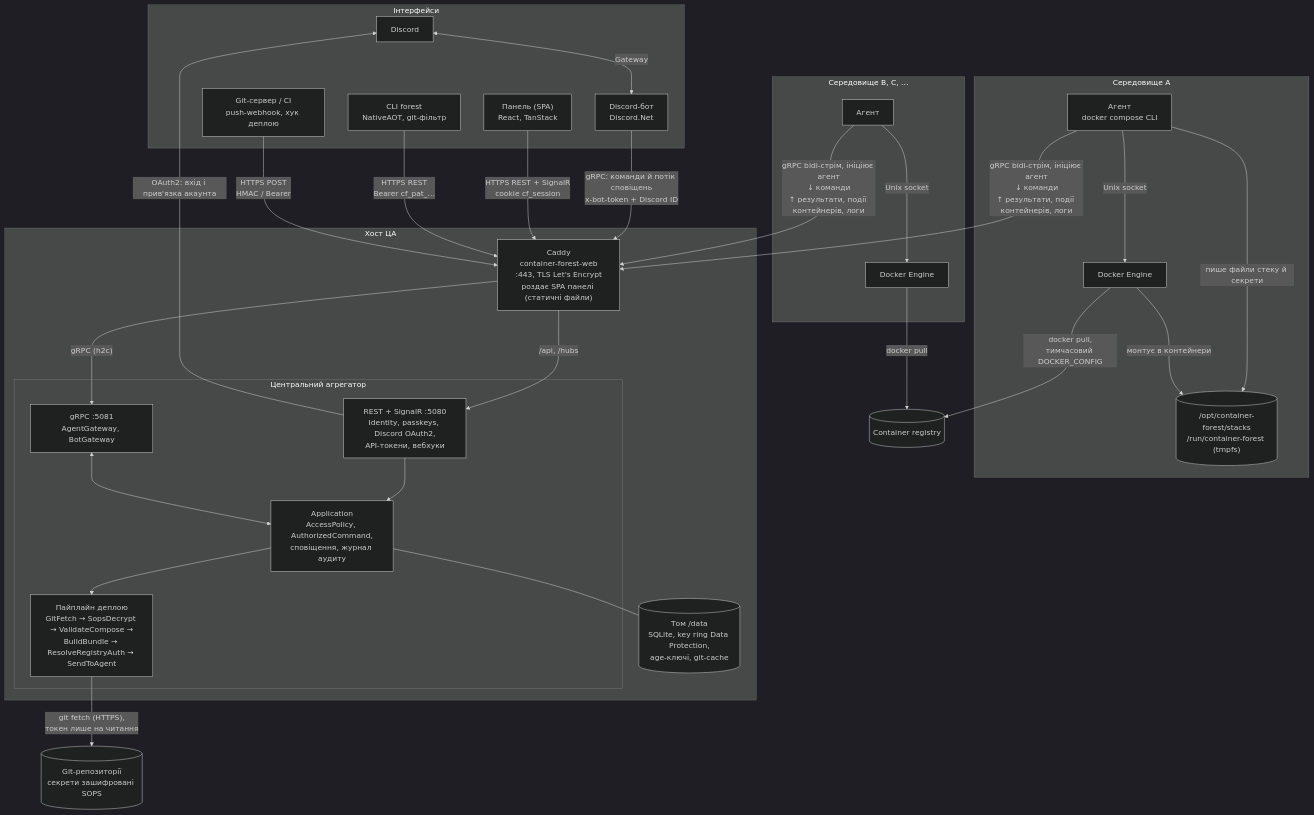
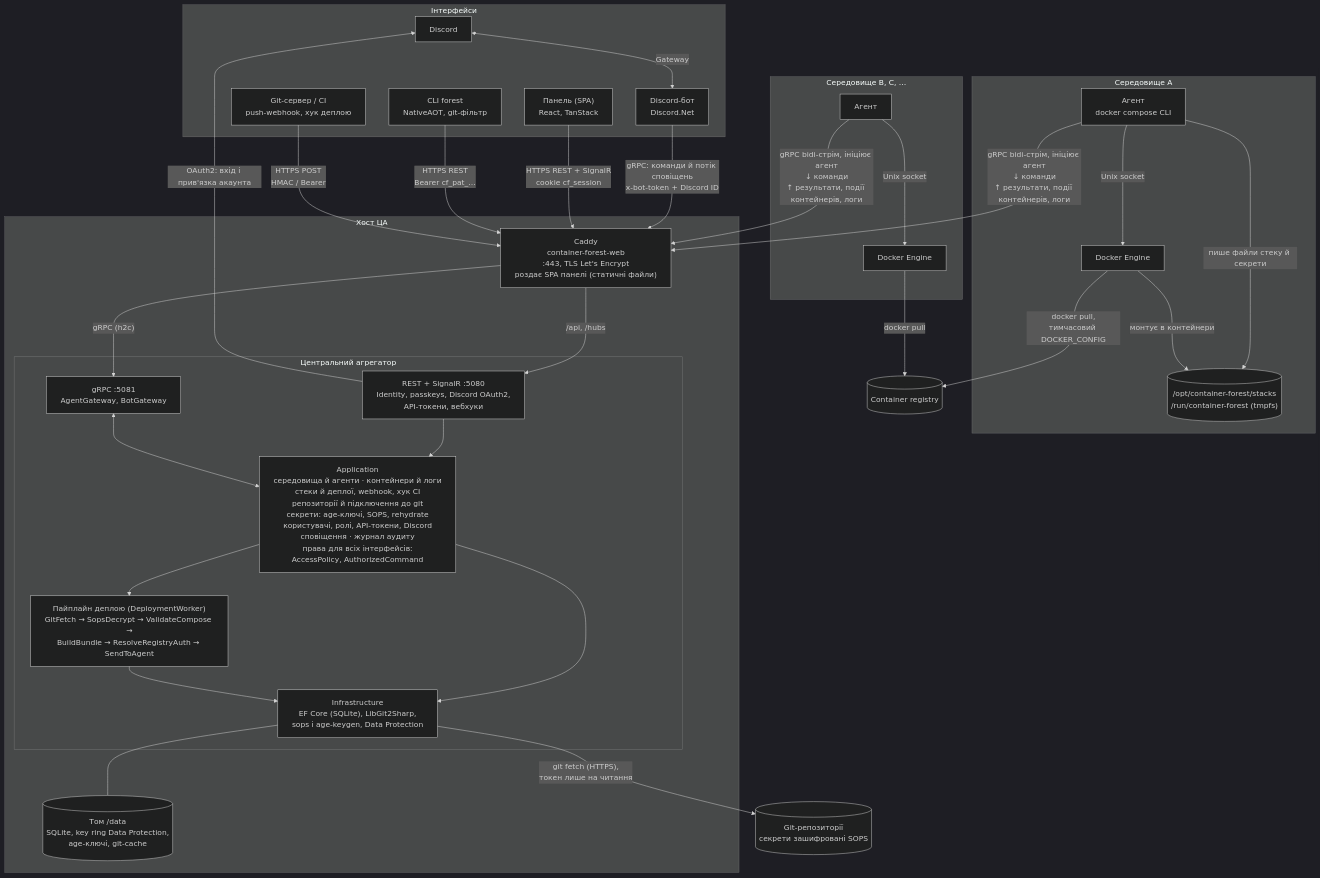
Before and after one commit to container-forest/container-forest: the first of 2 diagrams in docs/architecture.md, drawn with Mermaid (dark theme).

Commit message:
docs: show aggregator responsibilities and infrastructure layer in diagram
List the Application areas instead of a few classes, add the
Infrastructure layer that reaches the data volume and git, and widen
label wrapping so the blocks stay readable.

Claude-Session: https://claude.ai/code/session_01DovwCNenAuX2Dt3bv4TSVF

````diff
--- a/docs/architecture.md
+++ b/docs/architecture.md
@@ -43,50 +43,54 @@
 ```mermaid
+%%{init: {"flowchart": {"wrappingWidth": 360}}}%%
 flowchart TB
   subgraph Clients["Інтерфейси"]
     Discord["Discord"] <-->|"Gateway"| Bot["Discord-бот<br/>Discord.Net"]
     UI["Панель (SPA)<br/>React, TanStack"]
     Cli["CLI forest<br/>NativeAOT, git-фільтр"]
     Hooks["Git-сервер / CI<br/>push-webhook, хук деплою"]
   end
 
   subgraph EnvB["Середовище B, C, …"]
     EA2["Агент"] -->|"Unix socket"| D2["Docker Engine"]
   end
 
   subgraph EnvA["Середовище A"]
     EA1["Агент<br/>docker compose CLI"] -->|"Unix socket"| D1["Docker Engine"]
     S1[("/opt/container-forest/stacks<br/>/run/container-forest (tmpfs)")]
     EA1 -->|"пише файли стеку й секрети"| S1
     D1 -->|"монтує в контейнери"| S1
   end
   subgraph Host["Хост ЦА"]
     Caddy["Caddy<br/>container-forest-web<br/>:443, TLS Let's Encrypt<br/>роздає SPA панелі (статичні файли)"]
     subgraph CA["Центральний агрегатор"]
       Rest["REST + SignalR :5080<br/>Identity, passkeys, Discord OAuth2,<br/>API-токени, вебхуки"]
       Grpc["gRPC :5081<br/>AgentGateway, BotGateway"]
-      App["Application<br/>AccessPolicy, AuthorizedCommand,<br/>сповіщення, журнал аудиту"]
-      Pipe["Пайплайн деплою<br/>GitFetch → SopsDecrypt → ValidateCompose →<br/>BuildBundle → ResolveRegistryAuth → SendToAgent"]
+      App["Application<br/>середовища й агенти · контейнери й логи<br/>стеки й деплої, webhook, хук CI<br/>репозиторії й підключення до git<br/>секрети: age-ключі, SOPS, rehydrate<br/>користувачі, ролі, API-токени, Discord<br/>сповіщення · журнал аудиту<br/>права для всіх інтерфейсів:<br/>AccessPolicy, AuthorizedCommand"]
+      Pipe["Пайплайн деплою (DeploymentWorker)<br/>GitFetch → SopsDecrypt → ValidateCompose →<br/>BuildBundle → ResolveRegistryAuth → SendToAgent"]
       Rest --> App
       Grpc <--> App
       App --> Pipe
+      Infra["Infrastructure<br/>EF Core (SQLite), LibGit2Sharp,<br/>sops і age-keygen, Data Protection"]
+      App --> Infra
+      Pipe --> Infra
     end
     Data[("Том /data<br/>SQLite, key ring Data Protection,<br/>age-ключі, git-cache")]
     Caddy -->|"/api, /hubs"| Rest
     Caddy -->|"gRPC (h2c)"| Grpc
-    App --- Data
+    Infra --- Data
   end
 
   Git[("Git-репозиторії<br/>секрети зашифровані SOPS")]
   Reg[("Container registry")]
 
   Bot -->|"gRPC: команди й потік сповіщень<br/>x-bot-token + Discord ID"| Caddy
   UI -->|"HTTPS REST + SignalR<br/>cookie cf_session"| Caddy
   Cli -->|"HTTPS REST<br/>Bearer cf_pat_…"| Caddy
   Hooks -->|"HTTPS POST<br/>HMAC / Bearer"| Caddy
   EA1 -->|"gRPC bidi-стрім, ініціює агент<br/>↓ команди<br/>↑ результати, події контейнерів, логи"| Caddy
   EA2 -->|"gRPC bidi-стрім, ініціює агент<br/>↓ команди<br/>↑ результати, події контейнерів, логи"| Caddy
-  Pipe -->|"git fetch (HTTPS),<br/>токен лише на читання"| Git
+  Infra -->|"git fetch (HTTPS),<br/>токен лише на читання"| Git
   D1 -->|"docker pull,<br/>тимчасовий DOCKER_CONFIG"| Reg
   D2 -->|"docker pull"| Reg
   Rest -->|"OAuth2: вхід і прив'язка акаунта"| Discord
 ```
````
